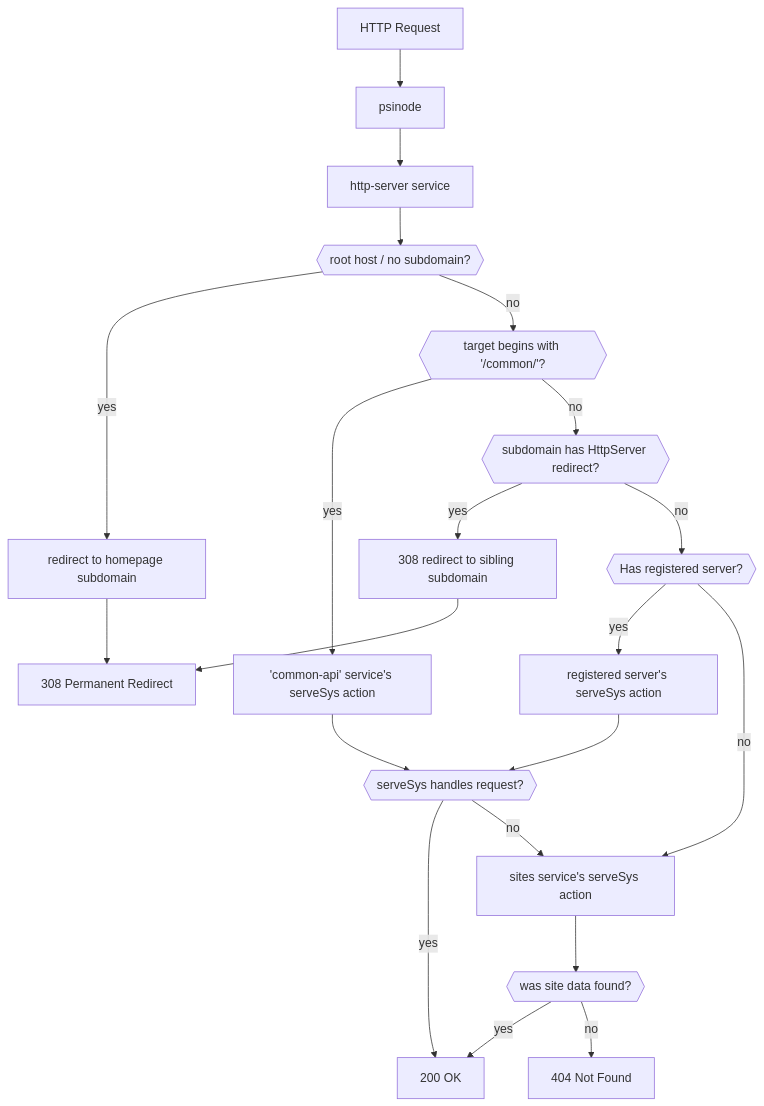
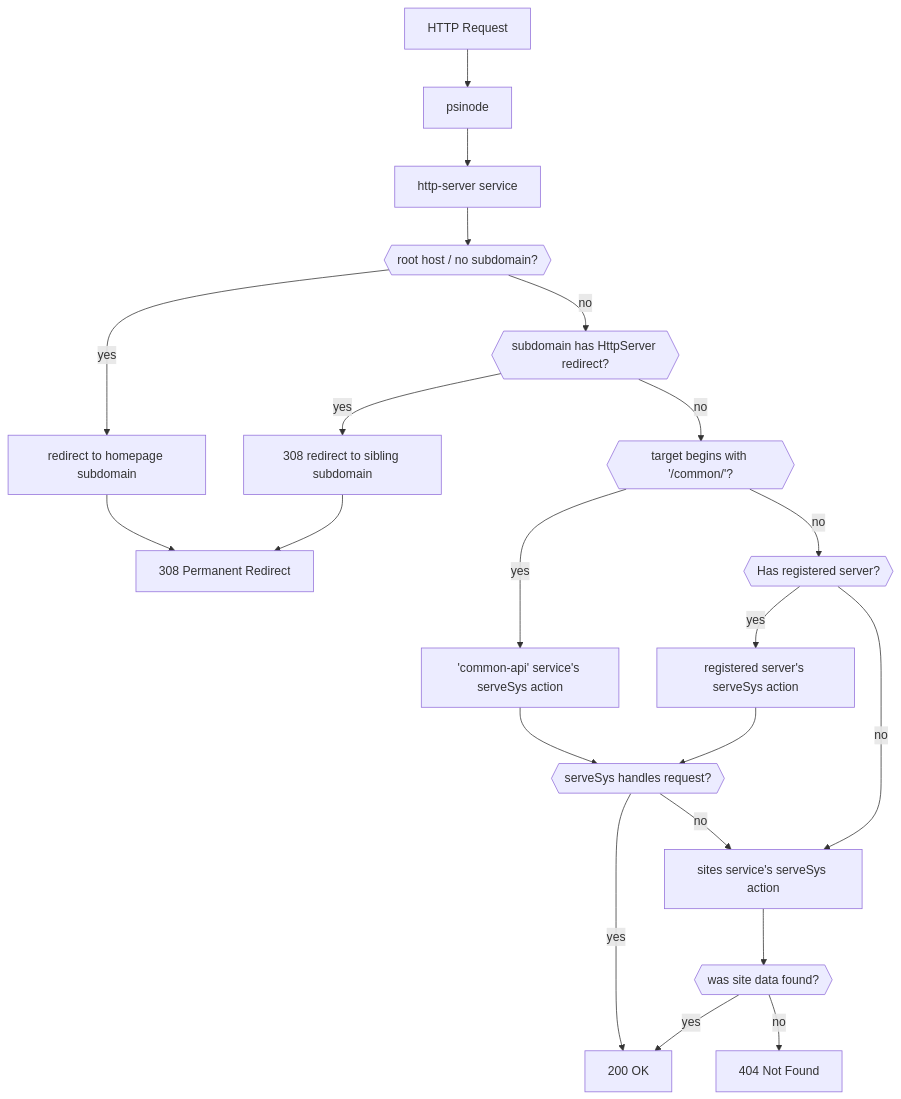
One commit to gofractally/psibase changed the diagram in doc/src/development/services/cpp-service/reference/web-services.md. Above: the diagram before and after it, drawn with Mermaid. The commit also changed other lines of this file and 1 other file, not shown here.

````diff
--- a/doc/src/development/services/cpp-service/reference/web-services.md
+++ b/doc/src/development/services/cpp-service/reference/web-services.md
@@ -5,27 +5,27 @@
 ```mermaid
 flowchart TD
    200[200 OK]
    404[404 Not Found]
    308[308 Permanent Redirect]
 
    A[HTTP Request]
    B[psinode]
    C[http-server service]
    sites[sites service's serveSys action]
    serveSys{{serveSys handles request?}}
 
    A --> B --> C
    sites --> E{{was site data found?}} -->|yes| 200
    E -->|no| 404
    C --> R{{root host / no subdomain?}}
    R -->|yes| homeRedir[redirect to homepage subdomain] --> 308
-   R -->|no| G{{target begins with '/common/'?}}
+   R -->|no| SR{{subdomain has HttpServer redirect?}}
+   SR -->|yes| sibRedir[308 redirect to sibling subdomain] --> 308
+   SR -->|no| G{{target begins with '/common/'?}}
    G -->|yes| common['common-api' service's serveSys action] --> serveSys
-   G -->|no| SR{{subdomain has HttpServer redirect?}}
-   SR -->|yes| sibRedir[308 redirect to sibling subdomain] --> 308
-   SR -->|no| J{{Has registered server?}}
+   G -->|no| J{{Has registered server?}}
    J -->|yes| L[registered server's serveSys action] --> serveSys
    J -->|no| sites
    serveSys -->|yes| 200
    serveSys -->|no| sites
 ```
````
